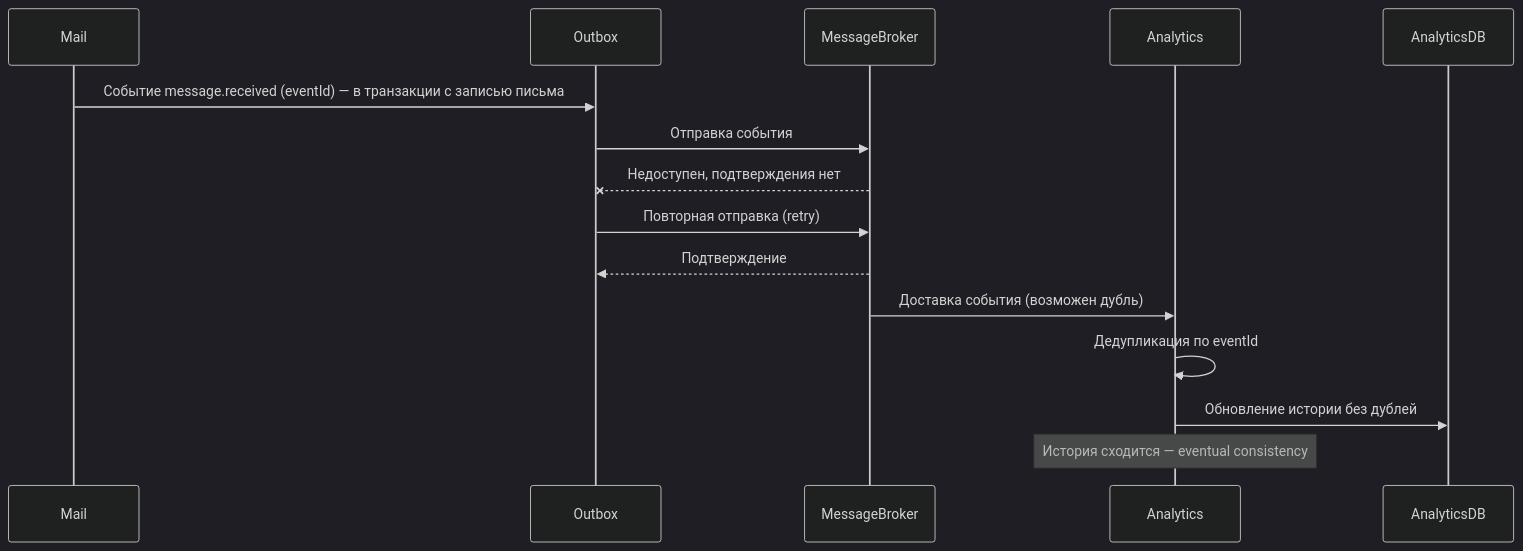
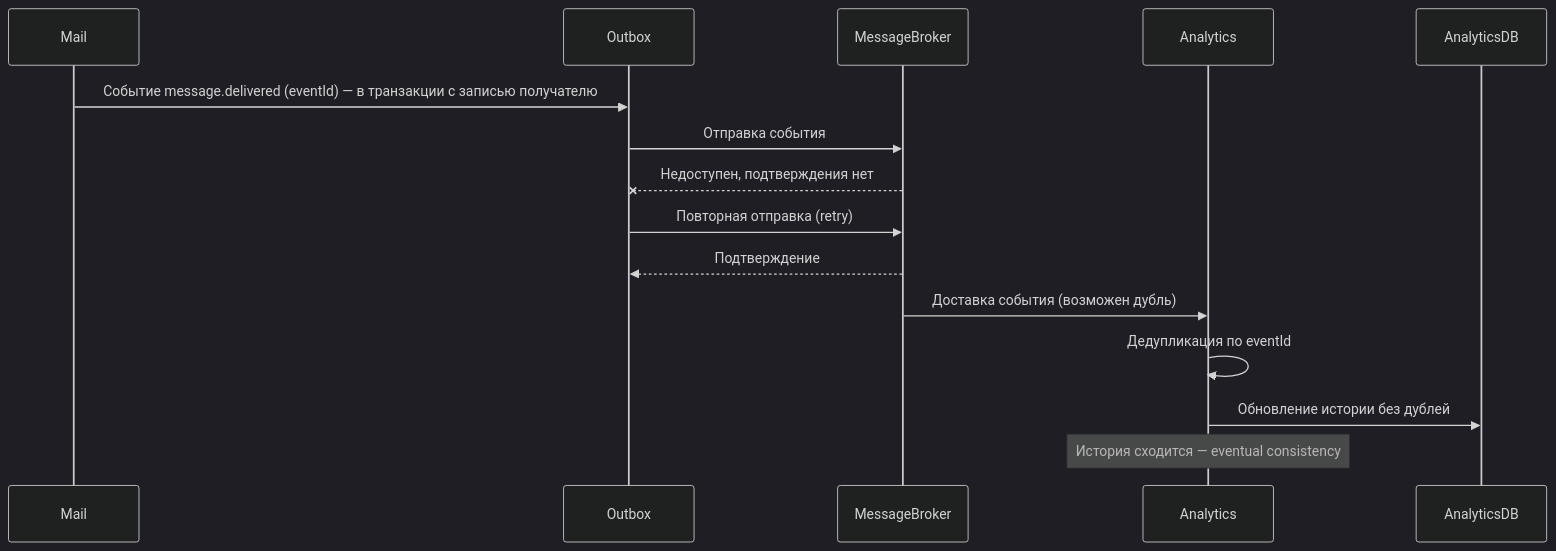
One commit to spbu-ds-practicum-2026/hydrolytes changed the fifth of 5 diagrams in docs/tr.md. Above: the diagram before and after it, drawn with Mermaid (dark theme). The commit also changed other lines of this file, not shown here.

````diff
--- a/docs/tr.md
+++ b/docs/tr.md
@@ -286,18 +317,18 @@
 ```mermaid
 sequenceDiagram
   participant Mail
   participant Outbox
   participant MessageBroker
   participant Analytics
   participant AnalyticsDB
 
-  Mail->>Outbox: Событие message.received (eventId) — в транзакции с записью письма
+  Mail->>Outbox: Событие message.delivered (eventId) — в транзакции с записью получателю
   Outbox->>MessageBroker: Отправка события
   MessageBroker--xOutbox: Недоступен, подтверждения нет
   Outbox->>MessageBroker: Повторная отправка (retry)
   MessageBroker-->>Outbox: Подтверждение
   MessageBroker->>Analytics: Доставка события (возможен дубль)
   Analytics->>Analytics: Дедупликация по eventId
   Analytics->>AnalyticsDB: Обновление истории без дублей
   Note over Analytics: История сходится — eventual consistency
 ```
````
